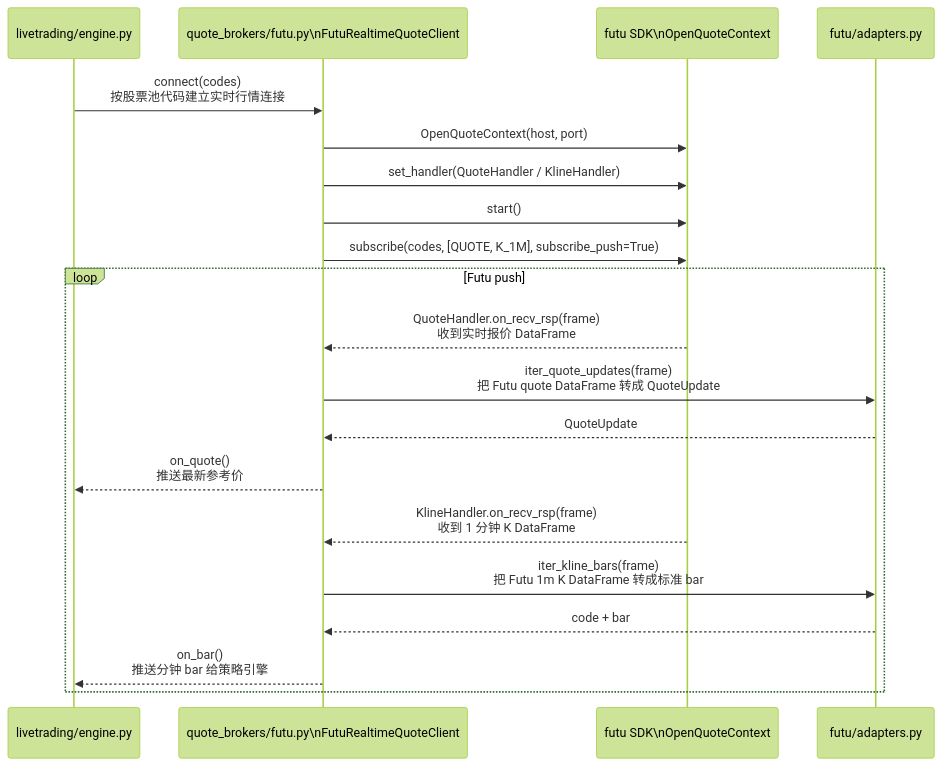
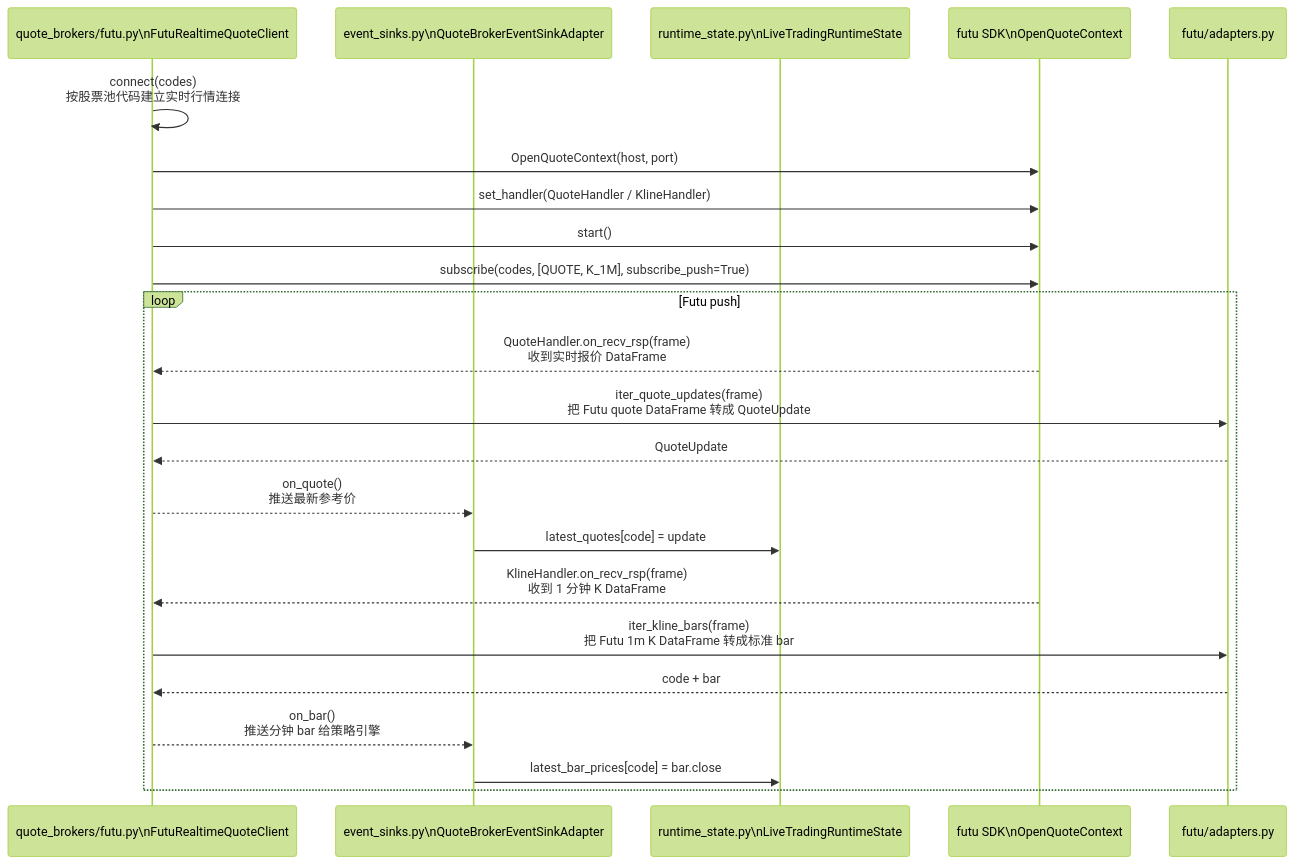
One commit to hangchow/backtest changed the fifth of 7 diagrams in docs/README_livetrading_sequence.md. Above: the diagram before and after it, drawn with Mermaid (forest theme). The commit also changed other lines of this file and 12 other files, not shown here.

````diff
--- a/docs/README_livetrading_sequence.md
+++ b/docs/README_livetrading_sequence.md
@@ -243,25 +253,28 @@
 ```mermaid
 sequenceDiagram
-    participant ENG as livetrading/engine.py
     participant QB as quote_brokers/futu.py\nFutuRealtimeQuoteClient
+    participant QS as event_sinks.py\nQuoteBrokerEventSinkAdapter
+    participant RST as runtime_state.py\nLiveTradingRuntimeState
     participant QCTX as futu SDK\nOpenQuoteContext
     participant ADP as futu/adapters.py
 
-    ENG->>QB: connect(codes)<br/>按股票池代码建立实时行情连接
+    QB->>QB: connect(codes)<br/>按股票池代码建立实时行情连接
     QB->>QCTX: OpenQuoteContext(host, port)
     QB->>QCTX: set_handler(QuoteHandler / KlineHandler)
     QB->>QCTX: start()
     QB->>QCTX: subscribe(codes, [QUOTE, K_1M], subscribe_push=True)
 
     loop Futu push
         QCTX-->>QB: QuoteHandler.on_recv_rsp(frame)<br/>收到实时报价 DataFrame
         QB->>ADP: iter_quote_updates(frame)<br/>把 Futu quote DataFrame 转成 QuoteUpdate
         ADP-->>QB: QuoteUpdate
-        QB-->>ENG: on_quote()<br/>推送最新参考价
+        QB-->>QS: on_quote()<br/>推送最新参考价
+        QS->>RST: latest_quotes[code] = update
 
         QCTX-->>QB: KlineHandler.on_recv_rsp(frame)<br/>收到 1 分钟 K DataFrame
         QB->>ADP: iter_kline_bars(frame)<br/>把 Futu 1m K DataFrame 转成标准 bar
         ADP-->>QB: code + bar
-        QB-->>ENG: on_bar()<br/>推送分钟 bar 给策略引擎
+        QB-->>QS: on_bar()<br/>推送分钟 bar 给策略引擎
+        QS->>RST: latest_bar_prices[code] = bar.close
     end
 ```
````
